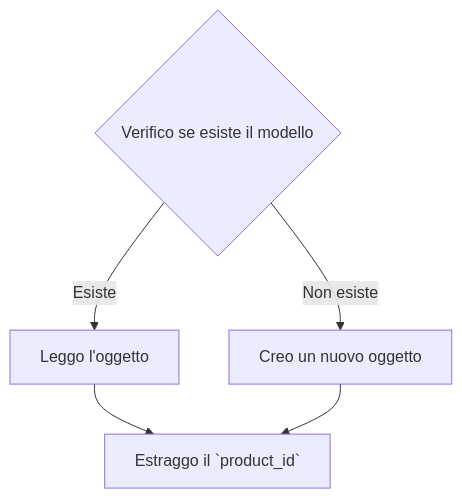
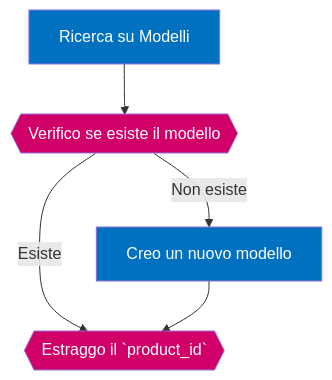
One commit to phoenixweb/Crystal changed the second of 6 diagrams in how_to/import_products.md. Above: the diagram before and after it, drawn with Mermaid. The commit also changed other lines of this file, not shown here.

Commit message:
update: riscritti i flowchart

````diff
--- a/how_to/import_products.md
+++ b/how_to/import_products.md
@@ -32,7 +42,13 @@
 ```mermaid
 graph TD;
-A{Verifico se esiste il modello}-->|Esiste| B[Leggo l'oggetto];
-A-->|Non esiste| C[Creo un nuovo oggetto];
-B-->D[Estraggo il `product_id`];
-C-->D;
+ A[Ricerca su Modelli]:::action;
+ B{{Verifico se esiste il modello}}:::logic;
+ C[Creo un nuovo modello]:::action;
+ D{{Estraggo il `product_id`}}:::logic;
+ A-->B;
+ B-->|Esiste|D;
+ B-->|Non esiste|C;
+ C-->D;
+ classDef action fill:#0070C0,color:#FFF;
+ classDef logic fill:#D10069,color:#FFF;
 ```
````
